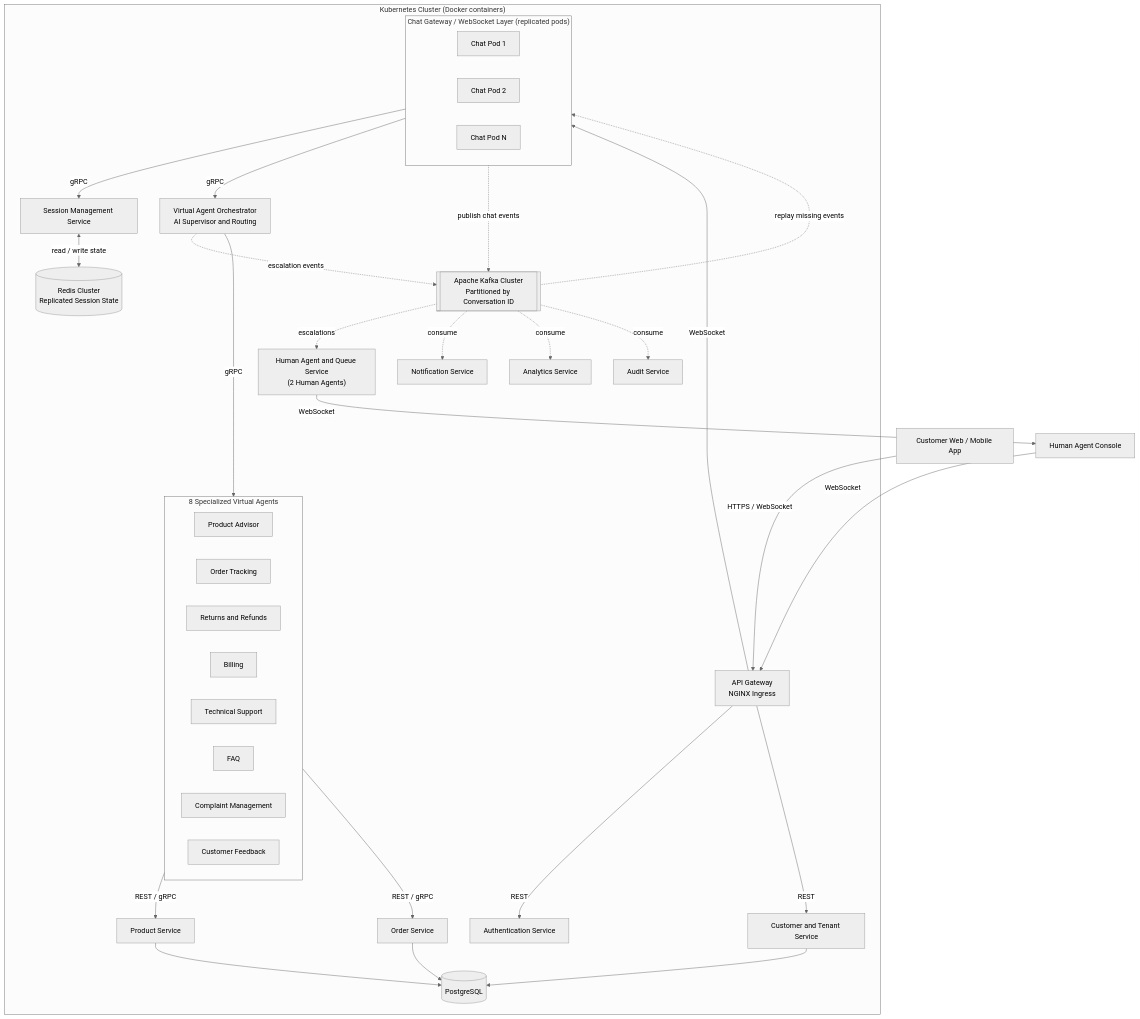
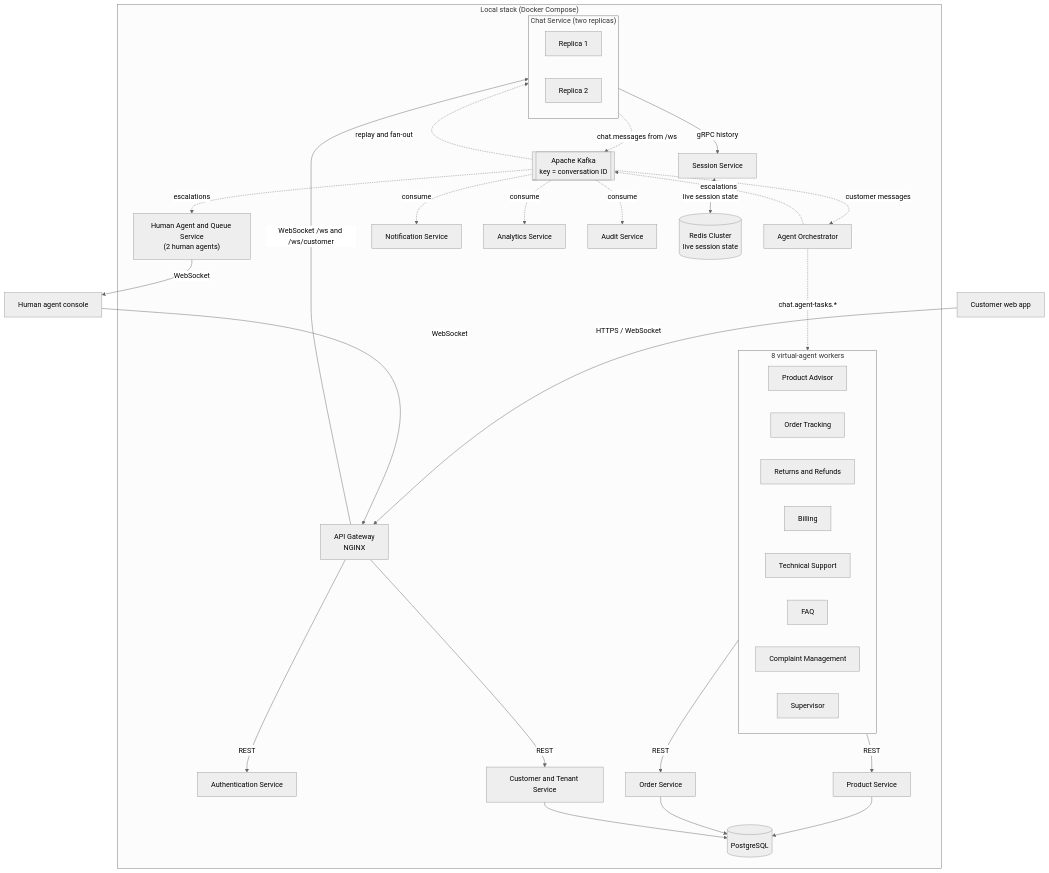
The first of 2 diagrams in README.md (Revati-sp/CMPE-273-Group-3-Project), drawn with Mermaid (neutral theme) before and after one commit. The commit also changed other lines of this file, not shown here.

````diff
--- a/README.md
+++ b/README.md
@@ -29,67 +52,66 @@
 ```mermaid
 flowchart TB
-    Client["Customer Web / Mobile App"]
-    HumanUI["Human Agent Console"]
+    Client["Customer web app"]
+    HumanUI["Human agent console"]
 
-    subgraph K8S["Kubernetes Cluster (Docker containers)"]
-        Gateway["API Gateway<br/>NGINX Ingress"]
+    subgraph Local["Local stack (Docker Compose)"]
+        Gateway["API Gateway<br/>NGINX"]
         Auth["Authentication Service"]
         Tenant["Customer and Tenant Service"]
 
-        subgraph ChatLayer["Chat Gateway / WebSocket Layer (replicated pods)"]
-            Chat1["Chat Pod 1"]
-            Chat2["Chat Pod 2"]
-            ChatN["Chat Pod N"]
+        subgraph ChatLayer["Chat Service (two replicas)"]
+            Chat1["Replica 1"]
+            Chat2["Replica 2"]
         end
 
-        Session["Session Management Service"]
-        Orch["Virtual Agent Orchestrator<br/>AI Supervisor and Routing"]
+        Session["Session Service"]
+        Orch["Agent Orchestrator"]
 
-        subgraph VA["8 Specialized Virtual Agents"]
+        subgraph VA["8 virtual-agent workers"]
             A1["Product Advisor"]
             A2["Order Tracking"]
             A3["Returns and Refunds"]
             A4["Billing"]
             A5["Technical Support"]
             A6["FAQ"]
             A7["Complaint Management"]
-            A8["Customer Feedback"]
+            A8["Supervisor"]
         end
 
-        Queue["Human Agent and Queue Service<br/>(2 Human Agents)"]
+        Queue["Human Agent and Queue Service<br/>(2 human agents)"]
         Product["Product Service"]
         Order["Order Service"]
         Notif["Notification Service"]
         Analytics["Analytics Service"]
         Audit["Audit Service"]
 
-        Redis[("Redis Cluster<br/>Replicated Session State")]
-        Kafka[["Apache Kafka Cluster<br/>Partitioned by Conversation ID"]]
+        Redis[("Redis Cluster<br/>live session state")]
+        Kafka[["Apache Kafka<br/>key = conversation ID"]]
         DB[("PostgreSQL")]
     end
 
     Client -->|"HTTPS / WebSocket"| Gateway
     HumanUI -->|"WebSocket"| Gateway
     Gateway -->|"REST"| Auth
     Gateway -->|"REST"| Tenant
-    Gateway -->|"WebSocket"| ChatLayer
+    Gateway -->|"WebSocket /ws and /ws/customer"| ChatLayer
 
-    ChatLayer -->|"gRPC"| Session
-    Session <-->|"read / write state"| Redis
-    ChatLayer -->|"gRPC"| Orch
-    Orch -->|"gRPC"| VA
-    VA -->|"REST / gRPC"| Product
-    VA -->|"REST / gRPC"| Order
+    ChatLayer -->|"gRPC history"| Session
+    Session <-->|"live session state"| Redis
+    ChatLayer -.->|"chat.messages from /ws"| Kafka
+    Kafka -.->|"customer messages"| Orch
+    Orch -.->|"chat.agent-tasks.*"| VA
+    VA -->|"REST"| Product
+    VA -->|"REST"| Order
     Product --> DB
     Order --> DB
     Tenant --> DB
 
-    ChatLayer -.->|"publish chat events"| Kafka
-    Orch -.->|"escalation events"| Kafka
-    Kafka -.->|"replay missing events"| ChatLayer
+    Orch -.->|"escalations"| Kafka
+    Kafka -.->|"replay and fan-out"| ChatLayer
     Kafka -.->|"escalations"| Queue
     Kafka -.->|"consume"| Notif
     Kafka -.->|"consume"| Analytics
     Kafka -.->|"consume"| Audit
     Queue -->|"WebSocket"| HumanUI
 ```
````
